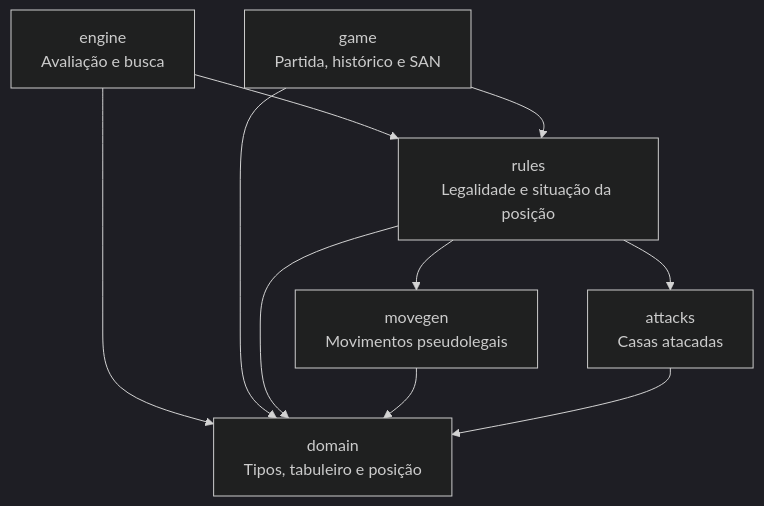
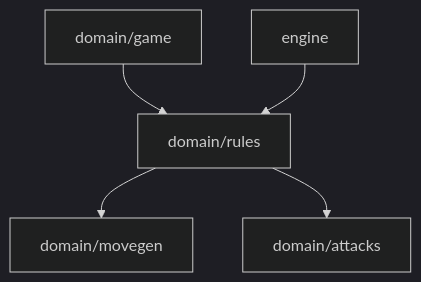
One commit to gabrzb/chess-go changed the second of 2 diagrams in docs/pt-br/arquitetura.md. Above: the diagram before and after it, drawn with Mermaid (dark theme). The commit also changed other lines of this file and 5 other files, not shown here.

Commit message:
docs: document the desktop app and architecture

````diff
--- a/docs/pt-br/arquitetura.md
+++ b/docs/pt-br/arquitetura.md
@@ -110,19 +92,7 @@
 ```mermaid
 flowchart TB
-    game["game<br/>Partida, histórico e SAN"]
-    ai["engine<br/>Avaliação e busca"]
-    rules["rules<br/>Legalidade e situação da posição"]
-    movegen["movegen<br/>Movimentos pseudolegais"]
-    attacks["attacks<br/>Casas atacadas"]
-    chess["domain<br/>Tipos, tabuleiro e posição"]
-
-    ai --> rules
-    game --> rules
-    rules --> movegen
-    rules --> attacks
-    ai --> chess
-    game --> chess
-    rules --> chess
-    movegen --> chess
-    attacks --> chess
+    game["domain/game"] --> rules["domain/rules"]
+    engine["engine"] --> rules
+    rules --> movegen["domain/movegen"]
+    rules --> attacks["domain/attacks"]
 ```
````
